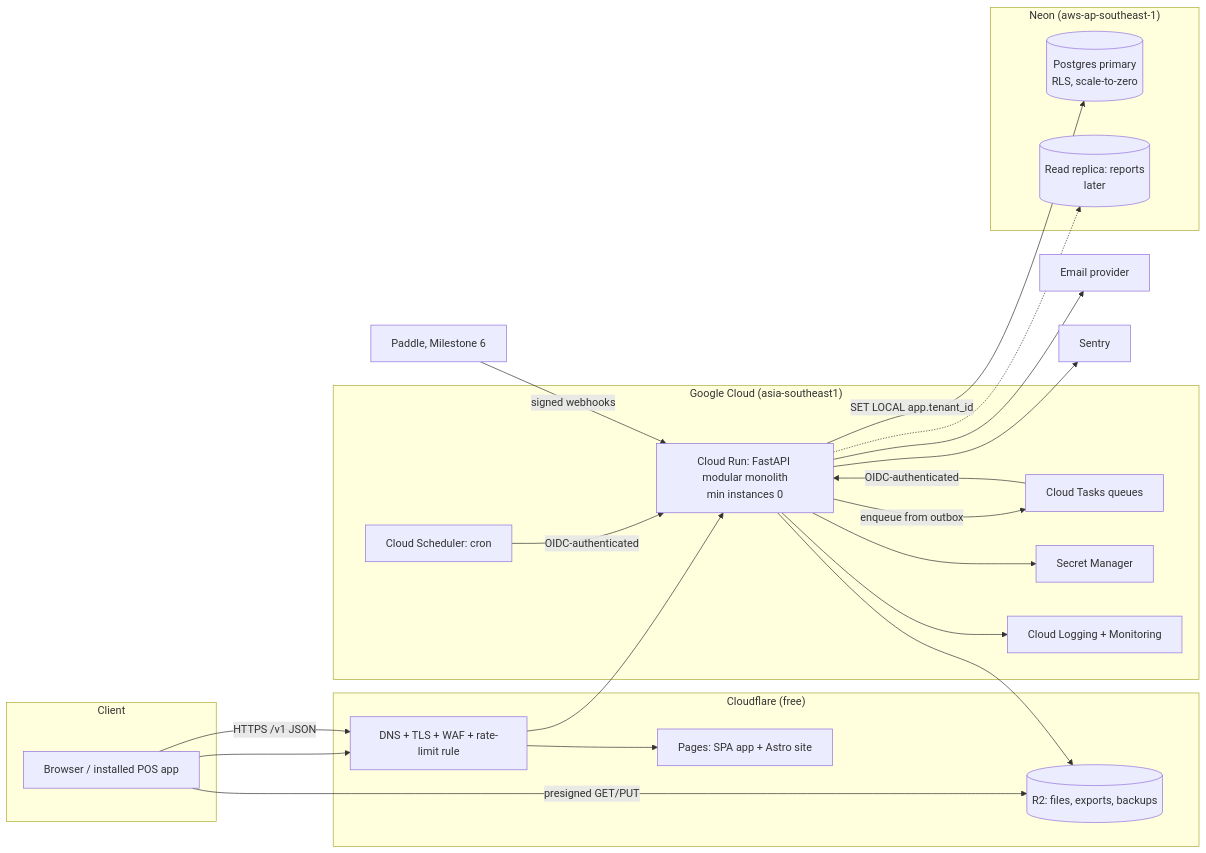
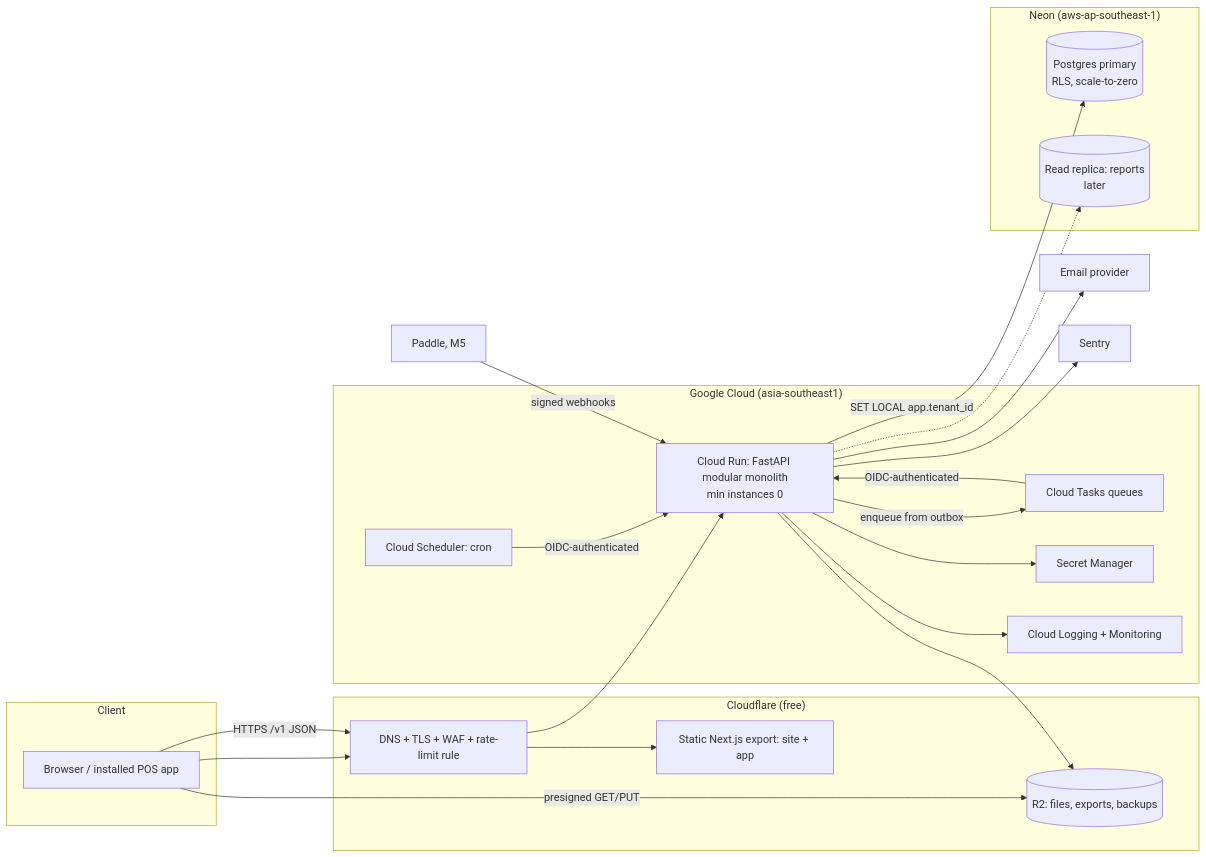
One commit to omikhan4901/companymgmt changed the first of 2 diagrams in docs/IMPLEMENTATION_PLAN.md. Above: the diagram before and after it, drawn with Mermaid. The commit also changed other lines of this file and 1 other file, not shown here.

First line of the commit message:
docs: explain every milestone and plan the AI-ready architecture

````diff
--- a/docs/IMPLEMENTATION_PLAN.md
+++ b/docs/IMPLEMENTATION_PLAN.md
@@ -255,39 +296,39 @@
 ```mermaid
 flowchart LR
   subgraph Client
     U[Browser / installed POS app]
   end
   subgraph Cloudflare["Cloudflare (free)"]
     CF[DNS + TLS + WAF + rate-limit rule]
-    PAGES[Pages: SPA app + Astro site]
+    PAGES[Static Next.js export: site + app]
     R2[(R2: files, exports, backups)]
   end
   subgraph GCP["Google Cloud (asia-southeast1)"]
     RUN[Cloud Run: FastAPI modular monolith<br/>min instances 0]
     TASKS[Cloud Tasks queues]
     SCHED[Cloud Scheduler: cron]
     SM[Secret Manager]
     LOG[Cloud Logging + Monitoring]
   end
   subgraph Neon["Neon (aws-ap-southeast-1)"]
     PG[(Postgres primary<br/>RLS, scale-to-zero)]
     RR[(Read replica: reports<br/>later)]
   end
   EXT1[Email provider]
   EXT2[Sentry]
-  EXT3[Paddle, Milestone 6]
+  EXT3[Paddle, M5]
 
   U --> CF --> PAGES
   U -->|HTTPS /v1 JSON| CF --> RUN
   U -->|presigned GET/PUT| R2
   RUN -->|SET LOCAL app.tenant_id| PG
   RUN -.-> RR
   RUN -->|enqueue from outbox| TASKS -->|OIDC-authenticated| RUN
   SCHED -->|OIDC-authenticated| RUN
   RUN --> R2
   RUN --> SM
   RUN --> LOG
   RUN --> EXT1
   RUN --> EXT2
   EXT3 -->|signed webhooks| RUN
 ```
````
